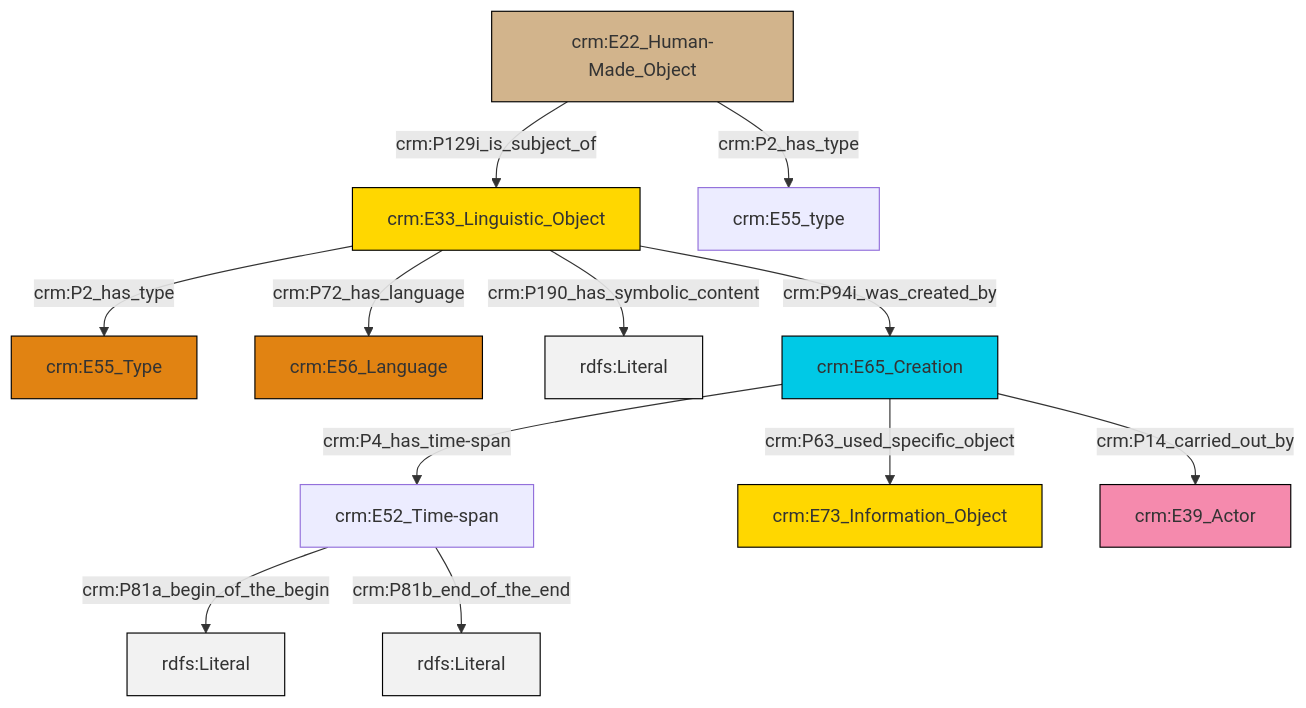
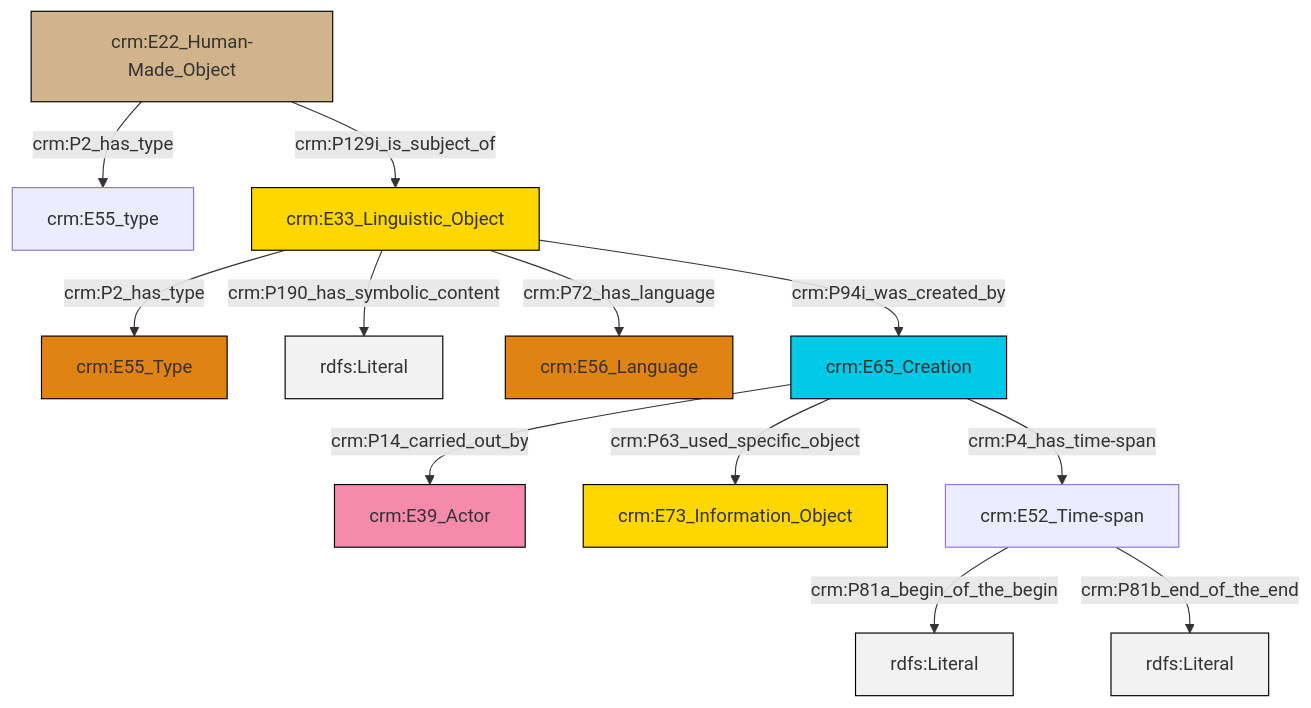
The diagram in et/artworkCSV/ttl/mmd/Artwork_Description.ttl.mmd (swiss-art-research-net/reference-data-models), drawn with Mermaid before and after one commit. The commit also changed 128 other files, not shown here.

```diff
--- a/et/artworkCSV/ttl/mmd/Artwork_Description.ttl.mmd
+++ b/et/artworkCSV/ttl/mmd/Artwork_Description.ttl.mmd
@@ -1,26 +1,26 @@
 graph TD
 classDef Literal fill:#f2f2f2,stroke:#000000;
 classDef CRM_Entity fill:#FFFFFF,stroke:#000000;
 classDef Temporal_Entity fill:#00C9E6, stroke:#000000;
 classDef Type fill:#E18312, stroke:#000000;
 classDef Time-Span fill:#2C9C91, stroke:#000000;
 classDef Appellation fill:#FFEB7F, stroke:#000000;
 classDef Place fill:#008836, stroke:#000000;
 classDef Persistent_Item fill:#B266B2, stroke:#000000;
 classDef Conceptual_Object fill:#FFD700, stroke:#000000;
 classDef Physical_Thing fill:#D2B48C, stroke:#000000;
 classDef Actor fill:#f58aad, stroke:#000000;
 classDef PC_Classes fill:#4ce600, stroke:#000000;
 classDef Multi fill:#cccccc,stroke:#000000;
 
-0["crm:E33_Linguistic_Object"]:::Conceptual_Object -->|crm:P2_has_type| 1["crm:E55_Type"]:::Type
-0["crm:E33_Linguistic_Object"]:::Conceptual_Object -->|crm:P72_has_language| 2["crm:E56_Language"]:::Type
-0["crm:E33_Linguistic_Object"]:::Conceptual_Object -->|crm:P190_has_symbolic_content| 4[rdfs:Literal]:::Literal
-8["crm:E52_Time-span"]:::Default -->|crm:P81a_begin_of_the_begin| 9[rdfs:Literal]:::Literal
-0["crm:E33_Linguistic_Object"]:::Conceptual_Object -->|crm:P94i_was_created_by| 10["crm:E65_Creation"]:::Temporal_Entity
-10["crm:E65_Creation"]:::Temporal_Entity -->|crm:P4_has_time-span| 8["crm:E52_Time-span"]:::Default
-10["crm:E65_Creation"]:::Temporal_Entity -->|crm:P63_used_specific_object| 13["crm:E73_Information_Object"]:::Conceptual_Object
-8["crm:E52_Time-span"]:::Default -->|crm:P81b_end_of_the_end| 15[rdfs:Literal]:::Literal
-11["crm:E22_Human-Made_Object"]:::Physical_Thing -->|crm:P2_has_type| 5["crm:E55_type"]:::Default
-11["crm:E22_Human-Made_Object"]:::Physical_Thing -->|crm:P129i_is_subject_of| 0["crm:E33_Linguistic_Object"]:::Conceptual_Object
-10["crm:E65_Creation"]:::Temporal_Entity -->|crm:P14_carried_out_by| 18["crm:E39_Actor"]:::Actor
+0["crm:E22_Human-Made_Object"]:::Physical_Thing -->|crm:P2_has_type| 1["crm:E55_type"]:::Default
+4["crm:E33_Linguistic_Object"]:::Conceptual_Object -->|crm:P2_has_type| 5["crm:E55_Type"]:::Type
+4["crm:E33_Linguistic_Object"]:::Conceptual_Object -->|crm:P190_has_symbolic_content| 8[rdfs:Literal]:::Literal
+9["crm:E52_Time-span"]:::Default -->|crm:P81a_begin_of_the_begin| 10[rdfs:Literal]:::Literal
+0["crm:E22_Human-Made_Object"]:::Physical_Thing -->|crm:P129i_is_subject_of| 4["crm:E33_Linguistic_Object"]:::Conceptual_Object
+4["crm:E33_Linguistic_Object"]:::Conceptual_Object -->|crm:P72_has_language| 11["crm:E56_Language"]:::Type
+9["crm:E52_Time-span"]:::Default -->|crm:P81b_end_of_the_end| 13[rdfs:Literal]:::Literal
+15["crm:E65_Creation"]:::Temporal_Entity -->|crm:P63_used_specific_object| 6["crm:E73_Information_Object"]:::Conceptual_Object
+15["crm:E65_Creation"]:::Temporal_Entity -->|crm:P4_has_time-span| 9["crm:E52_Time-span"]:::Default
+15["crm:E65_Creation"]:::Temporal_Entity -->|crm:P14_carried_out_by| 2["crm:E39_Actor"]:::Actor
+4["crm:E33_Linguistic_Object"]:::Conceptual_Object -->|crm:P94i_was_created_by| 15["crm:E65_Creation"]:::Temporal_Entity
```
